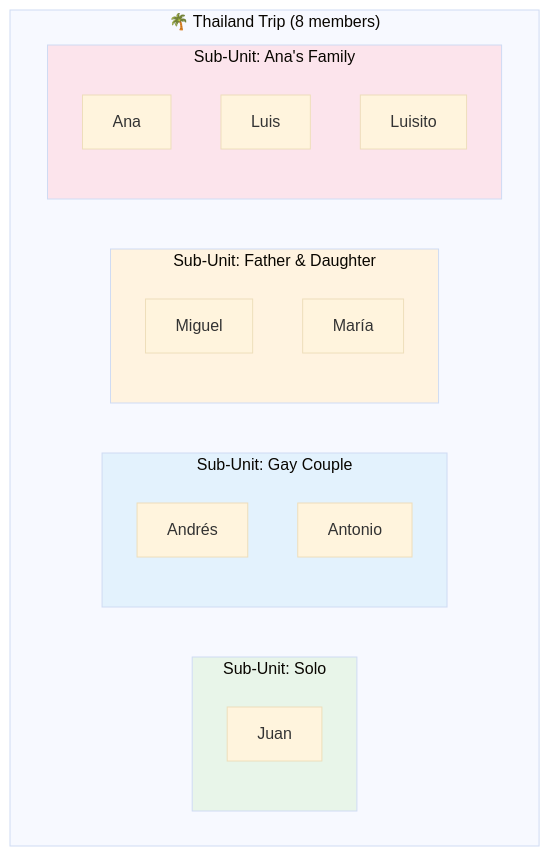
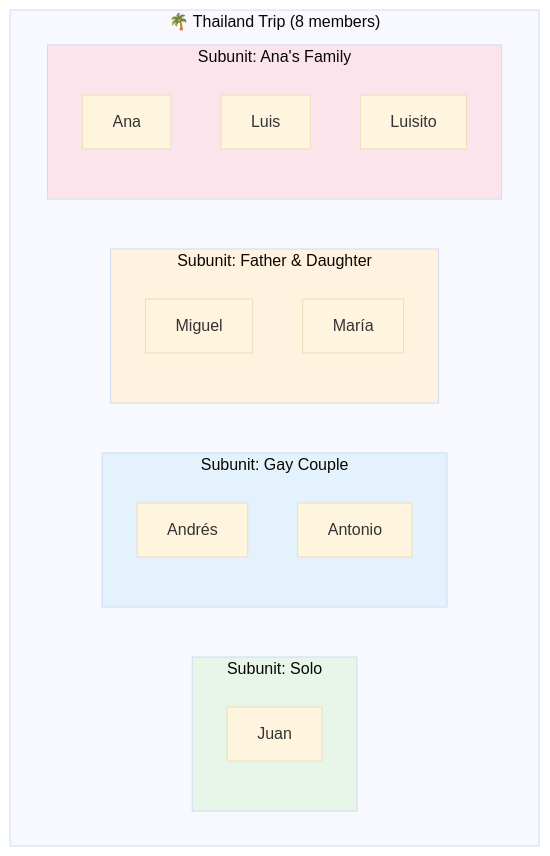
One commit to pedrazamiguez/expense-share-app changed the first of 7 diagrams in wiki/sub-units-and-group-composition.md. Above: the diagram before and after it, drawn with Mermaid (base theme). The commit also changed other lines of this file and 66 other files, not shown here.

````diff
--- a/wiki/sub-units-and-group-composition.md
+++ b/wiki/sub-units-and-group-composition.md
@@ -27,26 +27,26 @@
 ```mermaid
 graph TB
     subgraph Group["🌴 Thailand Trip (8 members)"]
-        subgraph S1["Sub-Unit: Solo"]
+        subgraph S1["Subunit: Solo"]
             Juan
         end
-        subgraph S2["Sub-Unit: Gay Couple"]
+        subgraph S2["Subunit: Gay Couple"]
             Andrés
             Antonio
         end
-        subgraph S3["Sub-Unit: Father & Daughter"]
+        subgraph S3["Subunit: Father & Daughter"]
             Miguel
             María
         end
-        subgraph S4["Sub-Unit: Ana's Family"]
+        subgraph S4["Subunit: Ana's Family"]
             Ana
             Luis
             Luisito
         end
     end
 
     style S1 fill:#e8f5e9
     style S2 fill:#e3f2fd
     style S3 fill:#fff3e0
     style S4 fill:#fce4ec
 ```
````
